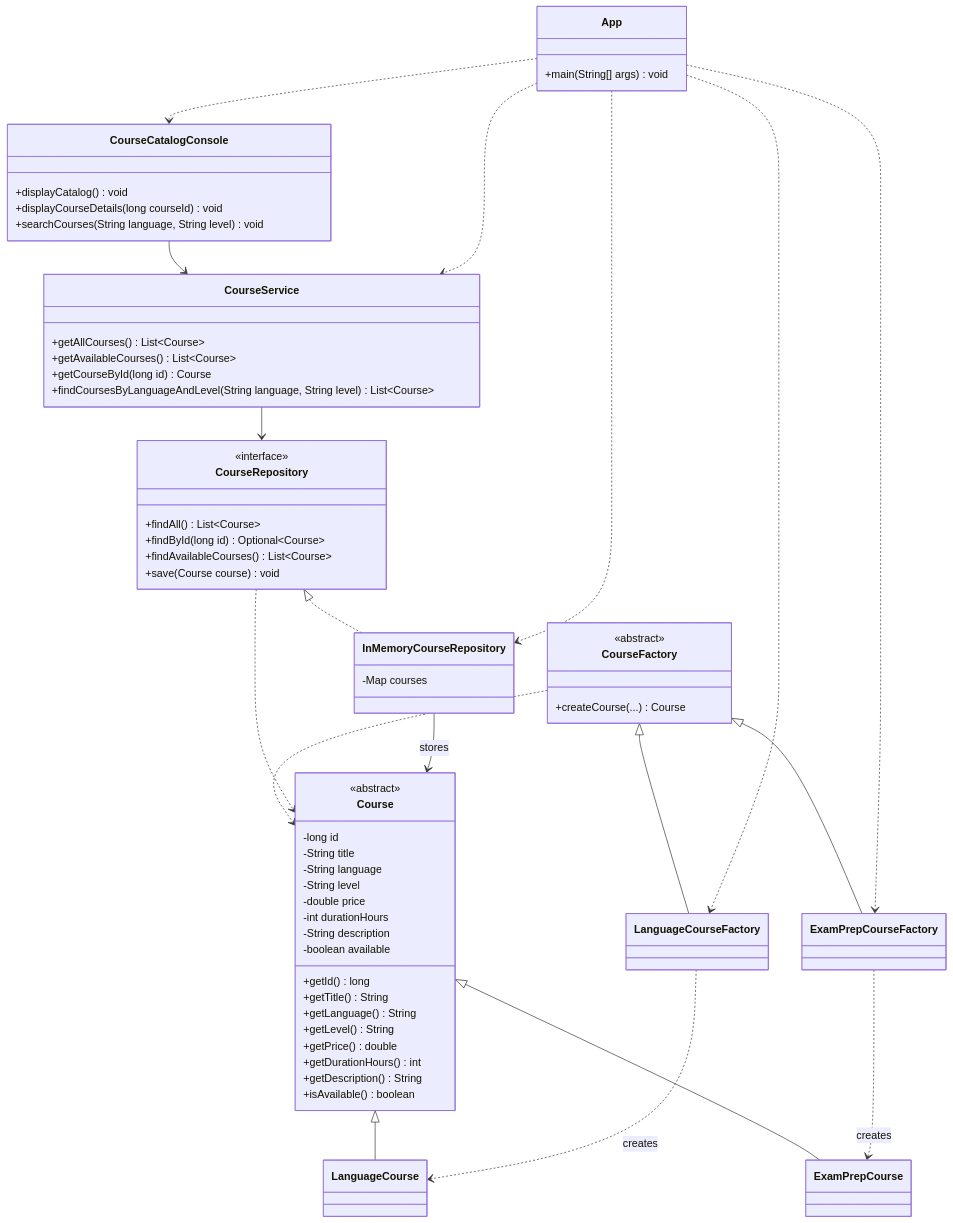
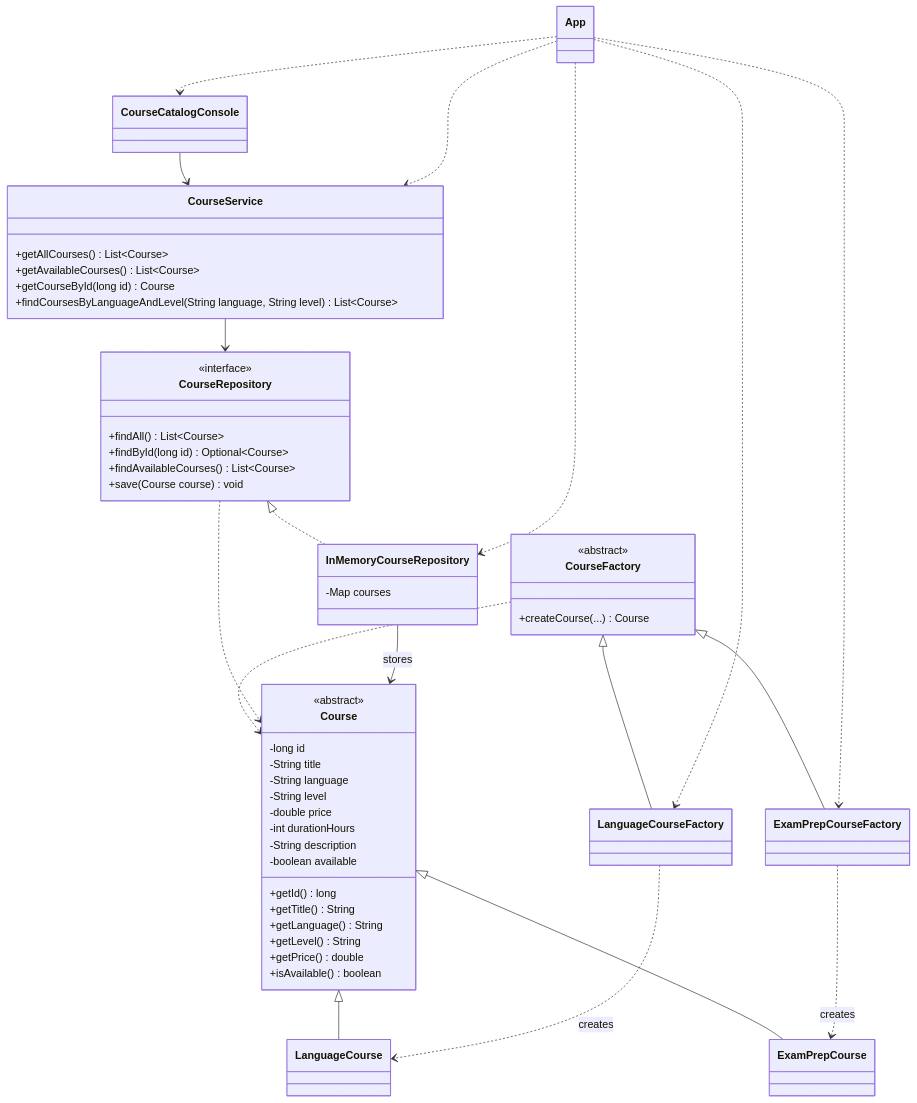
Before and after one commit to extwel/LinguaHub: the second of 6 diagrams in README.md, drawn with Mermaid. The commit also changed other lines of this file, not shown here.

Commit message:
docs: M2-09 update UML diagrams and README

```diff
--- a/README.md
+++ b/README.md
@@ -53,8 +116,6 @@
         +getLanguage() String
         +getLevel() String
         +getPrice() double
-        +getDurationHours() int
-        +getDescription() String
         +isAvailable() boolean
     }
 
@@ -88,15 +149,8 @@
         +findCoursesByLanguageAndLevel(String language, String level) List~Course~
     }
 
-    class CourseCatalogConsole {
-        +displayCatalog() void
-        +displayCourseDetails(long courseId) void
-        +searchCourses(String language, String level) void
-    }
-
-    class App {
-        +main(String[] args) void
-    }
+    class CourseCatalogConsole
+    class App
 
     Course <|-- LanguageCourse
     Course <|-- ExamPrepCourse
```
